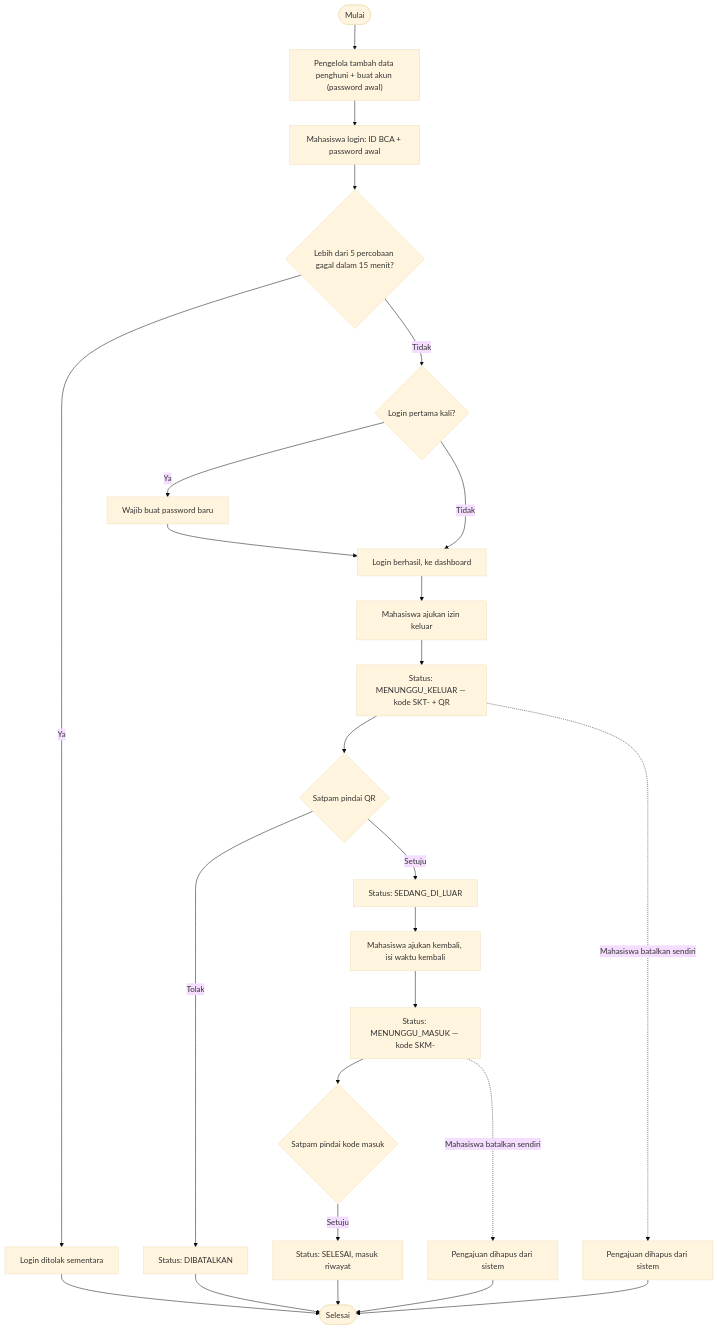
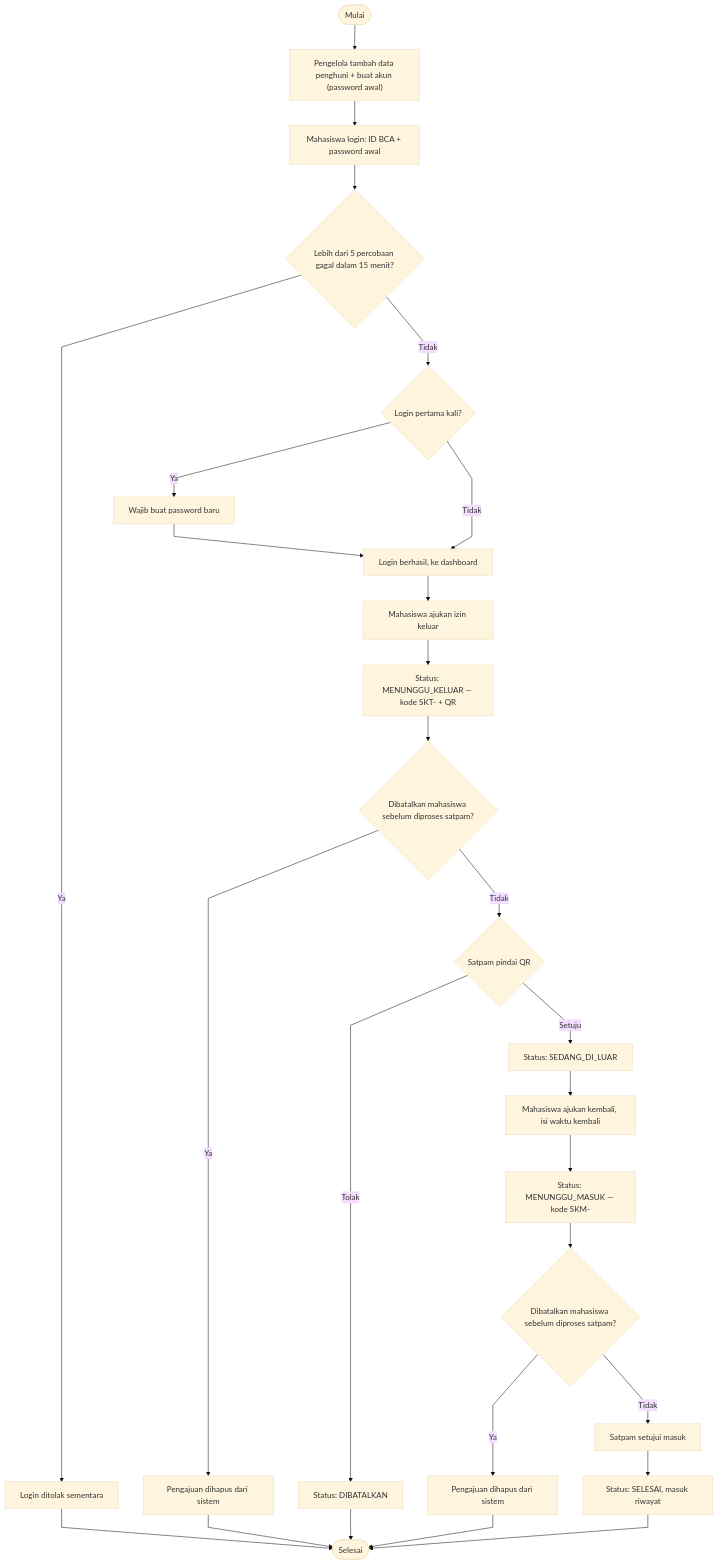
One commit to felicyaholic-dev/SIKAT-RTB changed the diagram in README.md. Above: the diagram before and after it, drawn with Mermaid (base theme). The commit also changed other lines of this file, not shown here.

Commit message:
Fix flowchart to strict notation and document class/report filters
Branching now only happens at decision diamonds (max 2 labeled paths
each) instead of from process boxes with two outgoing edges, and the
diagram forces straight edges via flowchart.curve=linear so Mermaid's
default spline rendering doesn't curve them. Also documents the fixed
class list and the new class/period/data-type report filters.

````diff
--- a/README.md
+++ b/README.md
@@ -43,27 +43,30 @@
 ```mermaid
+%%{init: {'flowchart': {'curve': 'linear'}}}%%
 flowchart TD
   Start([Mulai]) --> A["Pengelola tambah data penghuni + buat akun (password awal)"]
   A --> B["Mahasiswa login: ID BCA + password awal"]
   B --> RL{Lebih dari 5 percobaan gagal dalam 15 menit?}
   RL -->|Ya| RL1[Login ditolak sementara]
   RL1 --> Finish([Selesai])
   RL -->|Tidak| C{Login pertama kali?}
   C -->|Ya| C1[Wajib buat password baru]
   C1 --> D[Login berhasil, ke dashboard]
   C -->|Tidak| D
   D --> E[Mahasiswa ajukan izin keluar]
   E --> F["Status: MENUNGGU_KELUAR — kode SKT- + QR"]
-  F --> G{Satpam pindai QR}
+  F --> FD{Dibatalkan mahasiswa sebelum diproses satpam?}
+  FD -->|Ya| H1[Pengajuan dihapus dari sistem]
+  H1 --> Finish
+  FD -->|Tidak| G{Satpam pindai QR}
   G -->|Tolak| G1[Status: DIBATALKAN]
   G1 --> Finish
-  F -.->|Mahasiswa batalkan sendiri| H1[Pengajuan dihapus dari sistem]
-  H1 --> Finish
   G -->|Setuju| H[Status: SEDANG_DI_LUAR]
   H --> I[Mahasiswa ajukan kembali, isi waktu kembali]
   I --> J["Status: MENUNGGU_MASUK — kode SKM-"]
-  J --> K{Satpam pindai kode masuk}
-  K -->|Setuju| L[Status: SELESAI, masuk riwayat]
+  J --> JD{Dibatalkan mahasiswa sebelum diproses satpam?}
+  JD -->|Ya| J1[Pengajuan dihapus dari sistem]
+  J1 --> Finish
+  JD -->|Tidak| K[Satpam setujui masuk]
+  K --> L[Status: SELESAI, masuk riwayat]
   L --> Finish
-  J -.->|Mahasiswa batalkan sendiri| J1[Pengajuan dihapus dari sistem]
-  J1 --> Finish
 ```
````
